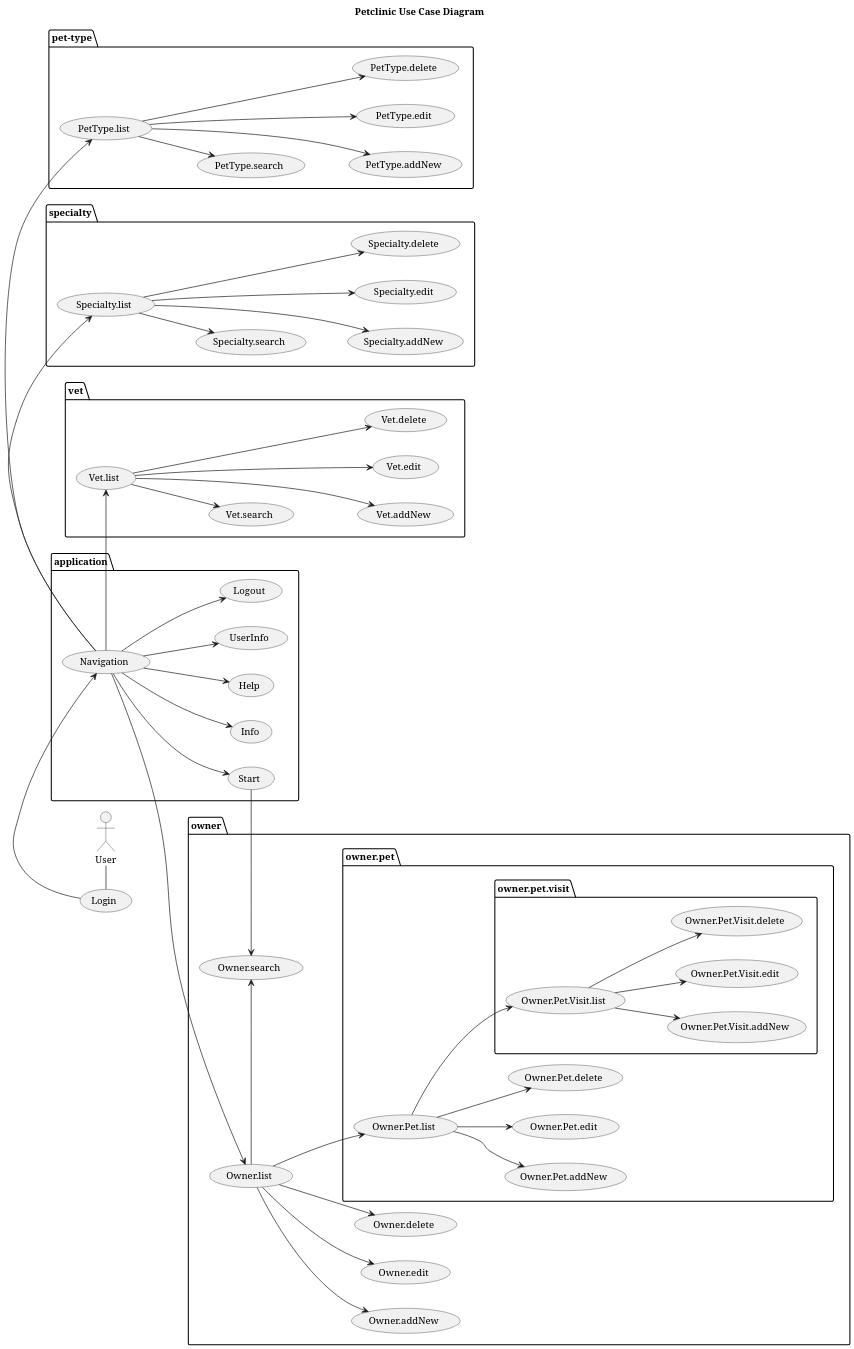
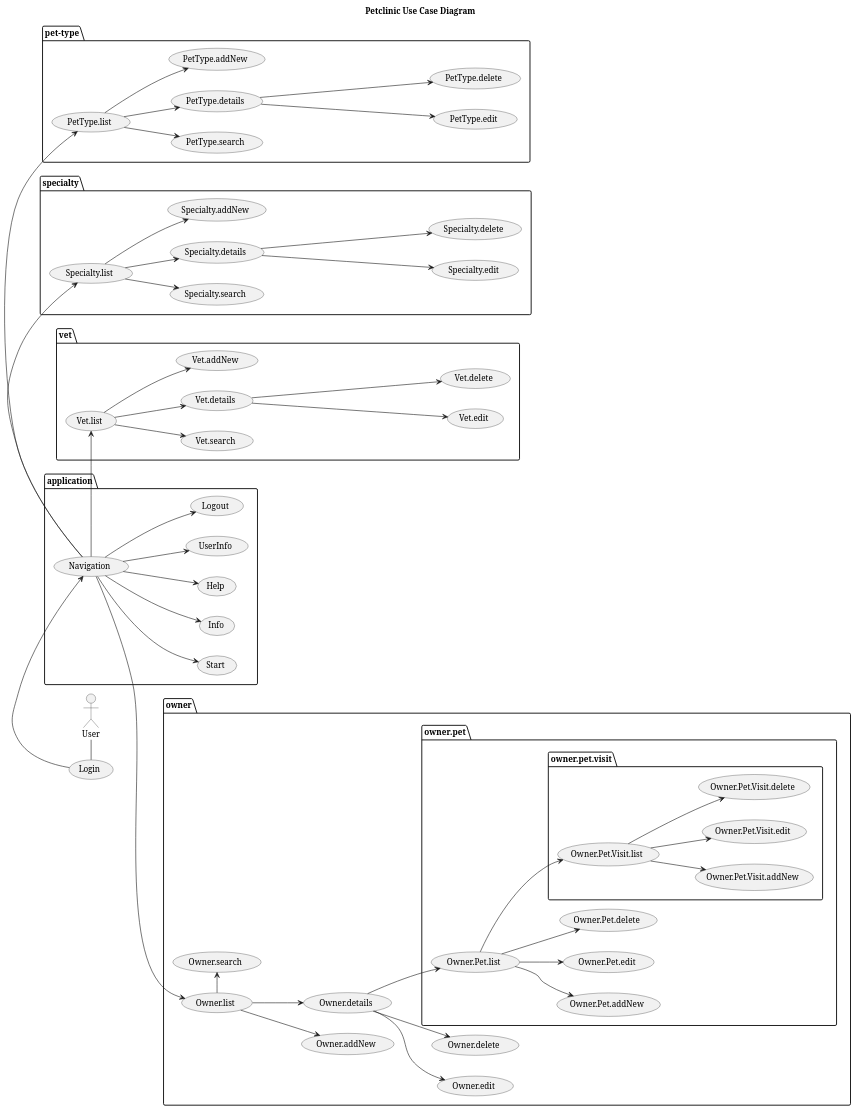
Before and after one commit to Jakarta-EE-Petclinic/petclinic-uml: the diagram in etc/puml/Petclinic__Use_Cases.puml, drawn with PlantUML. The commit also changed 3 other files, not shown here.

```diff
--- a/etc/puml/Petclinic__Use_Cases.puml
+++ b/etc/puml/Petclinic__Use_Cases.puml
@@ -1,62 +1,66 @@
 @startuml
 
 title Petclinic Use Case Diagram
 
 left to right direction
 'top to bottom direction
 
 'https://plantuml.com/use-case-diagram
 
 scale 2000 width
 
 User - (Login)
 package application {
     (Login) -> (Navigation)
     (Navigation) --> (Start)
     (Navigation) --> (Info)
     (Navigation) --> (Help)
     (Navigation) --> (UserInfo)
     (Navigation) --> (Logout)
 }
 package owner {
+
     (Navigation) --> (Owner.list)
-    (Start) -> (Owner.search)
     (Owner.list) -> (Owner.search)
     (Owner.list) --> (Owner.addNew)
-    (Owner.list) --> (Owner.edit)
-    (Owner.list) --> (Owner.delete)
+    (Owner.list) --> (Owner.details)
+    (Owner.details) --> (Owner.edit)
+    (Owner.details) --> (Owner.delete)
     package owner.pet {
-        (Owner.list) --> (Owner.Pet.list)
+        (Owner.details) --> (Owner.Pet.list)
         (Owner.Pet.list) --> (Owner.Pet.addNew)
         (Owner.Pet.list) --> (Owner.Pet.edit)
         (Owner.Pet.list) --> (Owner.Pet.delete)
          package owner.pet.visit {
             (Owner.Pet.list) --> (Owner.Pet.Visit.list)
             (Owner.Pet.Visit.list) --> (Owner.Pet.Visit.addNew)
             (Owner.Pet.Visit.list) --> (Owner.Pet.Visit.edit)
             (Owner.Pet.Visit.list) --> (Owner.Pet.Visit.delete)
         }
     }
 }
 package vet {
     (Navigation) -> (Vet.list)
     (Vet.list) --> (Vet.search)
-    (Vet.list) ---> (Vet.addNew)
-    (Vet.list) ---> (Vet.edit)
-    (Vet.list) ---> (Vet.delete)
+    (Vet.list) --> (Vet.details)
+    (Vet.list) --> (Vet.addNew)
+    (Vet.details) ---> (Vet.edit)
+    (Vet.details) ---> (Vet.delete)
 }
 package specialty {
     (Navigation) -> (Specialty.list)
     (Specialty.list) --> (Specialty.search)
-    (Specialty.list) ---> (Specialty.addNew)
-    (Specialty.list) ---> (Specialty.edit)
-    (Specialty.list) ---> (Specialty.delete)
+    (Specialty.list) --> (Specialty.details)
+    (Specialty.list) --> (Specialty.addNew)
+    (Specialty.details) ---> (Specialty.edit)
+    (Specialty.details) ---> (Specialty.delete)
 }
 package pet-type {
     (Navigation) -> (PetType.list)
     (PetType.list) --> (PetType.search)
-    (PetType.list) ---> (PetType.addNew)
-    (PetType.list) ---> (PetType.edit)
-    (PetType.list) ---> (PetType.delete)
+    (PetType.list) --> (PetType.details)
+    (PetType.list) --> (PetType.addNew)
+    (PetType.details) ---> (PetType.edit)
+    (PetType.details) ---> (PetType.delete)
 }
 @enduml
```
